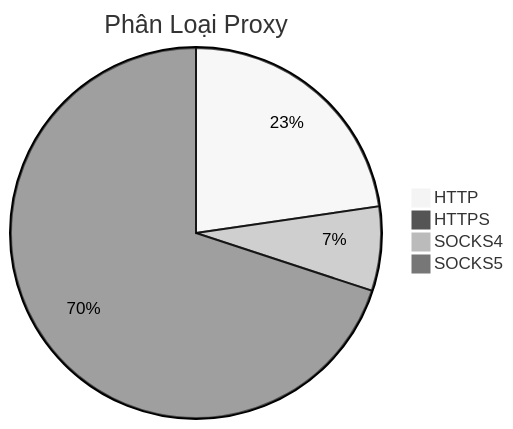
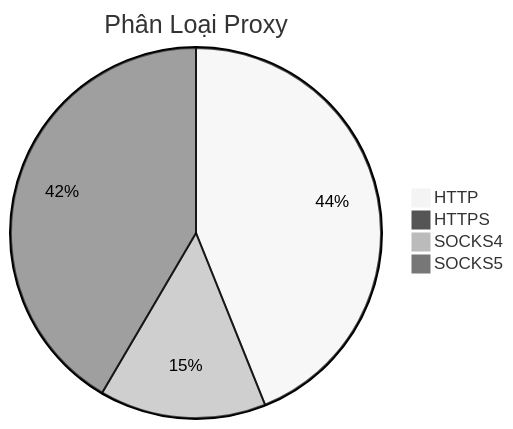
Before and after one commit to Ciara-Aa/PROXY-free: the diagram in README.md, drawn with Mermaid (neutral theme). The commit also changed other lines of this file and 4 other files, not shown here.

````diff
--- a/README.md
+++ b/README.md
@@ -26,7 +26,7 @@
 ```mermaid
 pie title Phân Loại Proxy
-    "HTTP" : 895
-    "HTTPS" : 1
-    "SOCKS4" : 290
-    "SOCKS5" : 2759
+    "HTTP" : 852
+    "HTTPS" : 0
+    "SOCKS4" : 282
+    "SOCKS5" : 806
 ```
````
